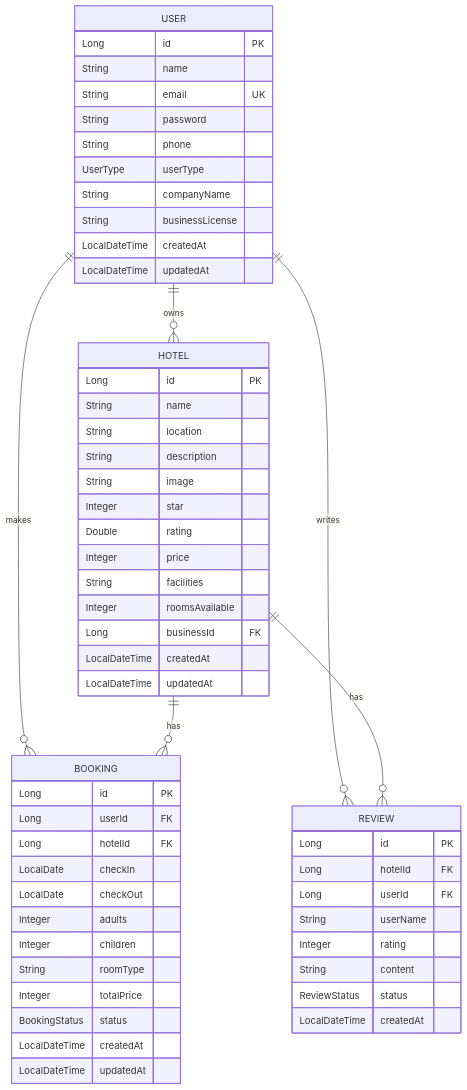
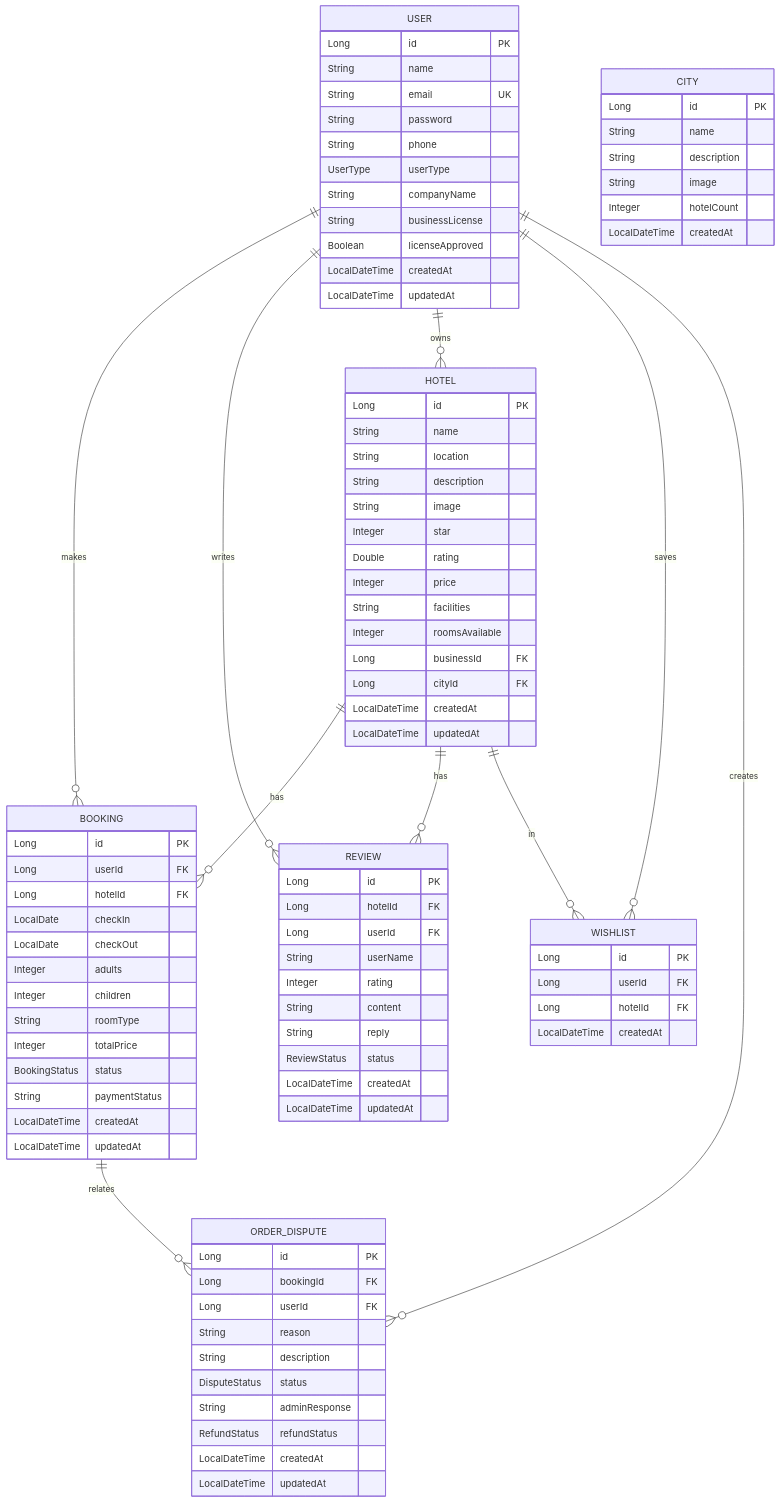
Before and after one commit to pmq512/project12: the diagram in 精品酒店预订网站项目文档.md, drawn with Mermaid. The commit also changed other lines of this file and 28 other files, not shown here.

````diff
--- a/精品酒店预订网站项目文档.md
+++ b/精品酒店预订网站项目文档.md
@@ -120,8 +184,12 @@
     USER ||--o{ BOOKING : makes
     USER ||--o{ REVIEW : writes
     USER ||--o{ HOTEL : owns
+    USER ||--o{ WISHLIST : saves
+    USER ||--o{ ORDER_DISPUTE : creates
     HOTEL ||--o{ BOOKING : has
     HOTEL ||--o{ REVIEW : has
+    HOTEL ||--o{ WISHLIST : in
+    BOOKING ||--o{ ORDER_DISPUTE : relates
     
     USER {
         Long id PK
@@ -132,8 +200,18 @@
         UserType userType
         String companyName
         String businessLicense
+        Boolean licenseApproved
         LocalDateTime createdAt
         LocalDateTime updatedAt
+    }
+    
+    CITY {
+        Long id PK
+        String name
+        String description
+        String image
+        Integer hotelCount
+        LocalDateTime createdAt
     }
     
     HOTEL {
@@ -148,6 +226,7 @@
         String facilities
         Integer roomsAvailable
         Long businessId FK
+        Long cityId FK
         LocalDateTime createdAt
         LocalDateTime updatedAt
     }
@@ -163,6 +242,7 @@
         String roomType
         Integer totalPrice
         BookingStatus status
+        String paymentStatus
         LocalDateTime createdAt
         LocalDateTime updatedAt
     }
@@ -174,7 +254,29 @@
         String userName
         Integer rating
         String content
+        String reply
         ReviewStatus status
         LocalDateTime createdAt
+        LocalDateTime updatedAt
+    }
+    
+    WISHLIST {
+        Long id PK
+        Long userId FK
+        Long hotelId FK
+        LocalDateTime createdAt
+    }
+    
+    ORDER_DISPUTE {
+        Long id PK
+        Long bookingId FK
+        Long userId FK
+        String reason
+        String description
+        DisputeStatus status
+        String adminResponse
+        RefundStatus refundStatus
+        LocalDateTime createdAt
+        LocalDateTime updatedAt
     }
 ```
````
